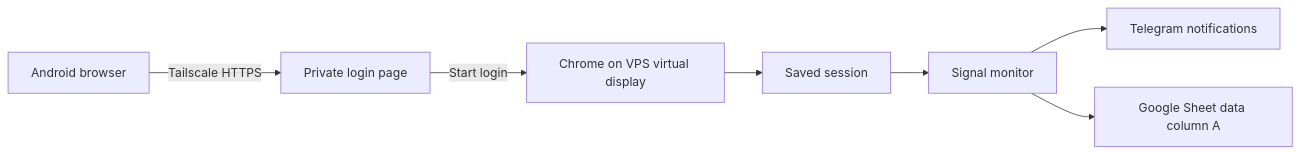
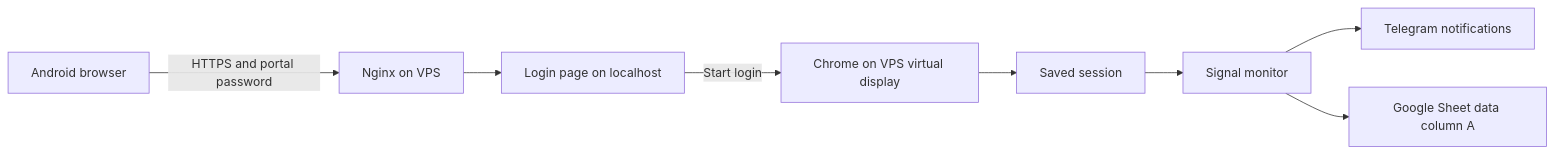
Before and after one commit to anurag-roy/tradingview-scraper: the diagram in SETUP.md, drawn with Mermaid. The commit also changed other lines of this file and 12 other files, not shown here.

````diff
--- a/SETUP.md
+++ b/SETUP.md
@@ -13,9 +14,10 @@
 ```mermaid
 flowchart LR
-    Phone[Android browser] -->|Tailscale HTTPS| Page[Private login page]
+    Phone[Android browser] -->|HTTPS and portal password| Nginx[Nginx on VPS]
+    Nginx --> Page[Login page on localhost]
     Page -->|Start login| Chrome[Chrome on VPS virtual display]
     Chrome --> Cookies[Saved session]
     Cookies --> Monitor[Signal monitor]
     Monitor --> Telegram[Telegram notifications]
     Monitor --> Sheets[Google Sheet data column A]
 ```
````
